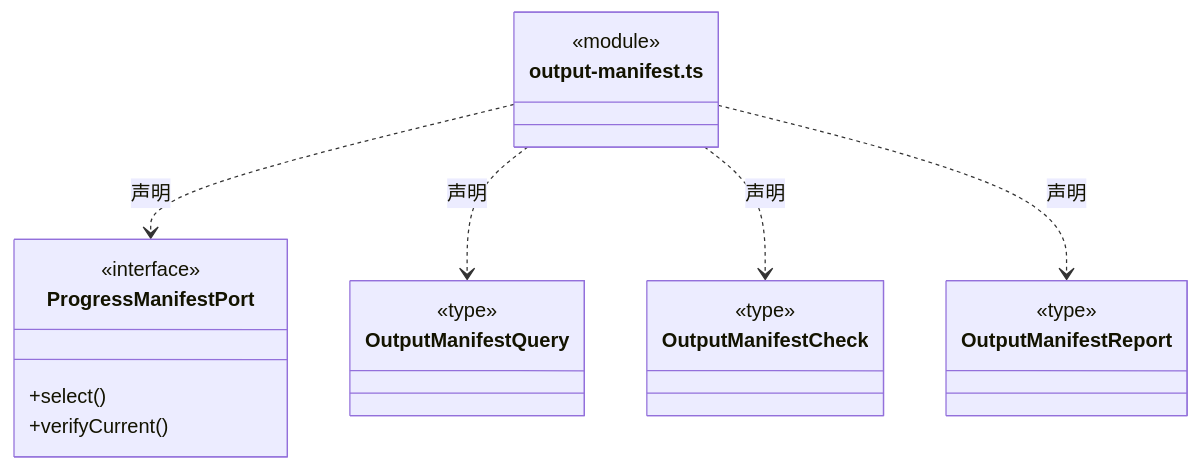
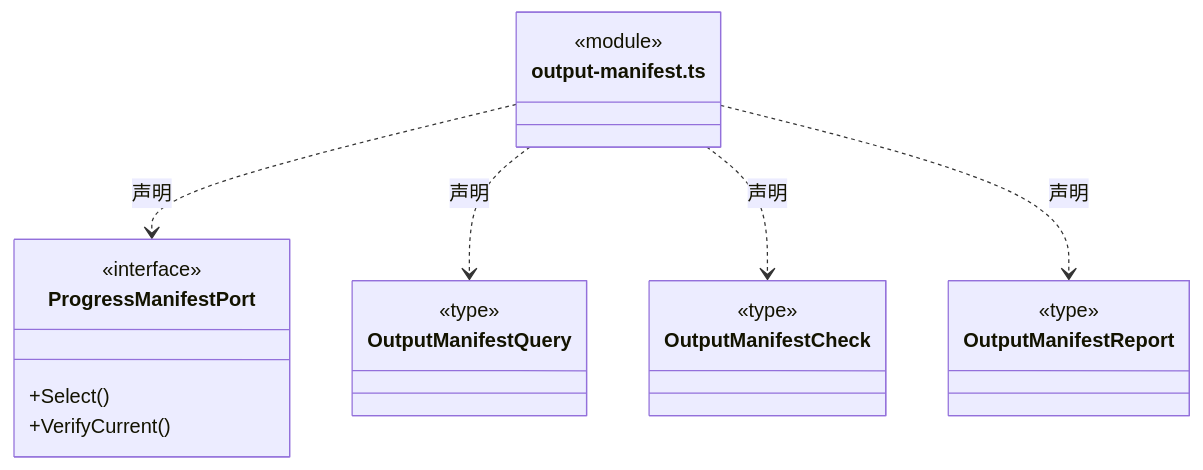
Diagram 20 of 46 in src/logic/evidence/rules/ARCHITECTURE.md (nan023062/cbim), drawn with Mermaid before and after one commit. The commit also changed other lines of this file and 1035 other files, not shown here.

````diff
--- a/src/logic/evidence/rules/ARCHITECTURE.md
+++ b/src/logic/evidence/rules/ARCHITECTURE.md
@@ -419,27 +419,27 @@
 ```mermaid
 classDiagram
 class N_src_logic_evidence_rules_output_manifest_ts["output-manifest.ts"] {
   <<module>>
 }
 class N_src_logic_evidence_rules_output_manifest_ts_ProgressManifestPort["ProgressManifestPort"] {
   <<interface>>
-  +select()
-  +verifyCurrent()
+  +Select()
+  +VerifyCurrent()
 }
 N_src_logic_evidence_rules_output_manifest_ts ..> N_src_logic_evidence_rules_output_manifest_ts_ProgressManifestPort : 声明
 class N_src_logic_evidence_rules_output_manifest_ts_OutputManifestQuery["OutputManifestQuery"] {
   <<type>>
 
 }
 N_src_logic_evidence_rules_output_manifest_ts ..> N_src_logic_evidence_rules_output_manifest_ts_OutputManifestQuery : 声明
 class N_src_logic_evidence_rules_output_manifest_ts_OutputManifestCheck["OutputManifestCheck"] {
   <<type>>
 
 }
 N_src_logic_evidence_rules_output_manifest_ts ..> N_src_logic_evidence_rules_output_manifest_ts_OutputManifestCheck : 声明
 class N_src_logic_evidence_rules_output_manifest_ts_OutputManifestReport["OutputManifestReport"] {
   <<type>>
 
 }
 N_src_logic_evidence_rules_output_manifest_ts ..> N_src_logic_evidence_rules_output_manifest_ts_OutputManifestReport : 声明
 ```
````
